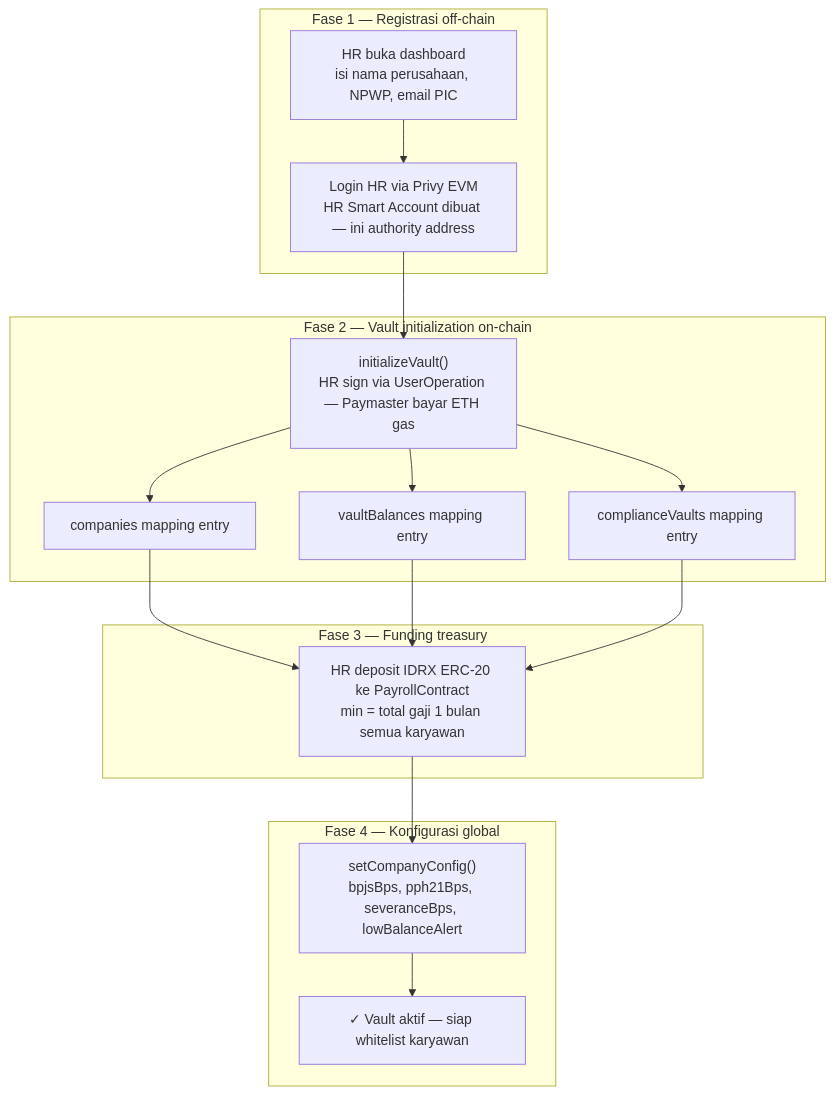
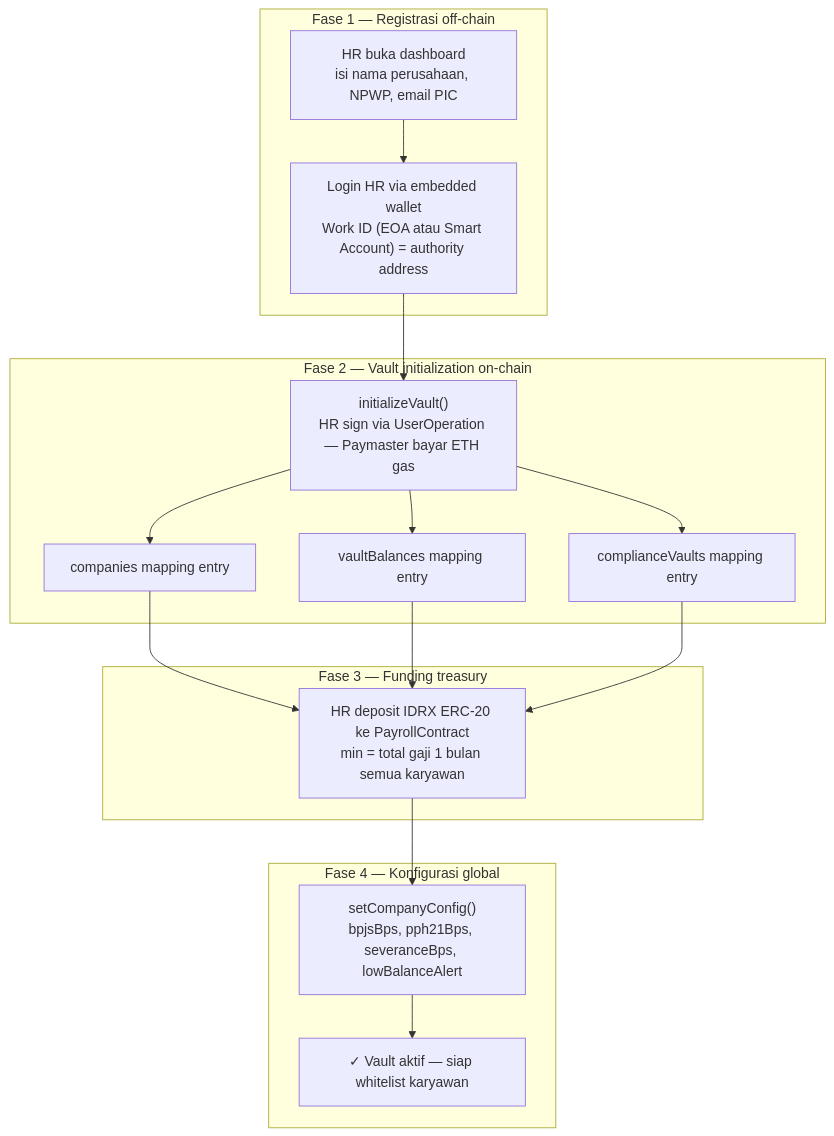
The diagram in functional-requirements/module-a-core-payroll.md (skripsi-payroll-dapp/docs), drawn with Mermaid before and after one commit. The commit also changed 12 other files, not shown here.

````diff
--- a/functional-requirements/module-a-core-payroll.md
+++ b/functional-requirements/module-a-core-payroll.md
@@ -185,21 +185,21 @@
 ```mermaid
 flowchart TD
   subgraph F1["Fase 1 — Registrasi off-chain"]
     A["HR buka dashboard\nisi nama perusahaan, NPWP, email PIC"]
-    B["Login HR via Privy EVM\nHR Smart Account dibuat — ini authority address"]
+    B["Login HR via embedded wallet\nWork ID (EOA atau Smart Account) = authority address"]
   end
   subgraph F2["Fase 2 — Vault initialization on-chain"]
     C["initializeVault()\nHR sign via UserOperation — Paymaster bayar ETH gas"]
     CS["companies mapping entry"]
     VT["vaultBalances mapping entry"]
     CV["complianceVaults mapping entry"]
   end
   subgraph F3["Fase 3 — Funding treasury"]
     D["HR deposit IDRX ERC-20 ke PayrollContract\nmin = total gaji 1 bulan semua karyawan"]
   end
   subgraph F4["Fase 4 — Konfigurasi global"]
     E["setCompanyConfig()\nbpjsBps, pph21Bps, severanceBps, lowBalanceAlert"]
     F["✓ Vault aktif — siap whitelist karyawan"]
   end
   A --> B --> C --> CS & VT & CV --> D --> E --> F
 ```
````
